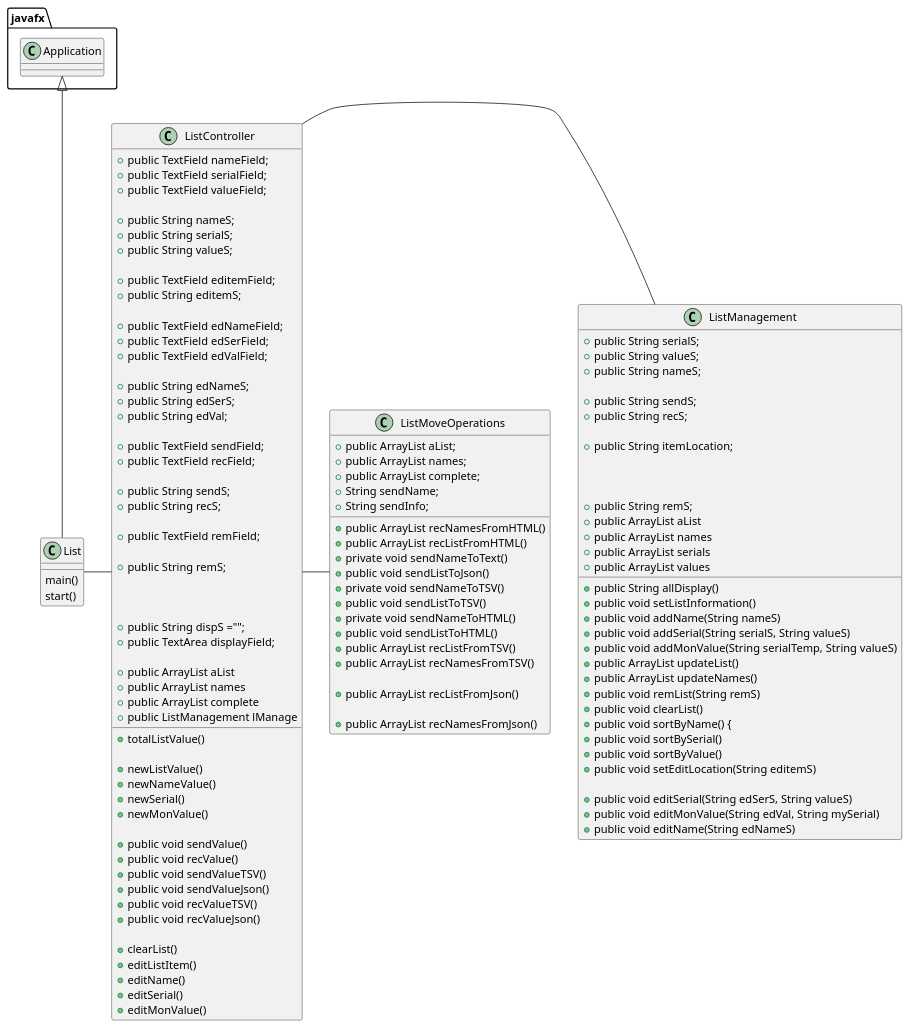
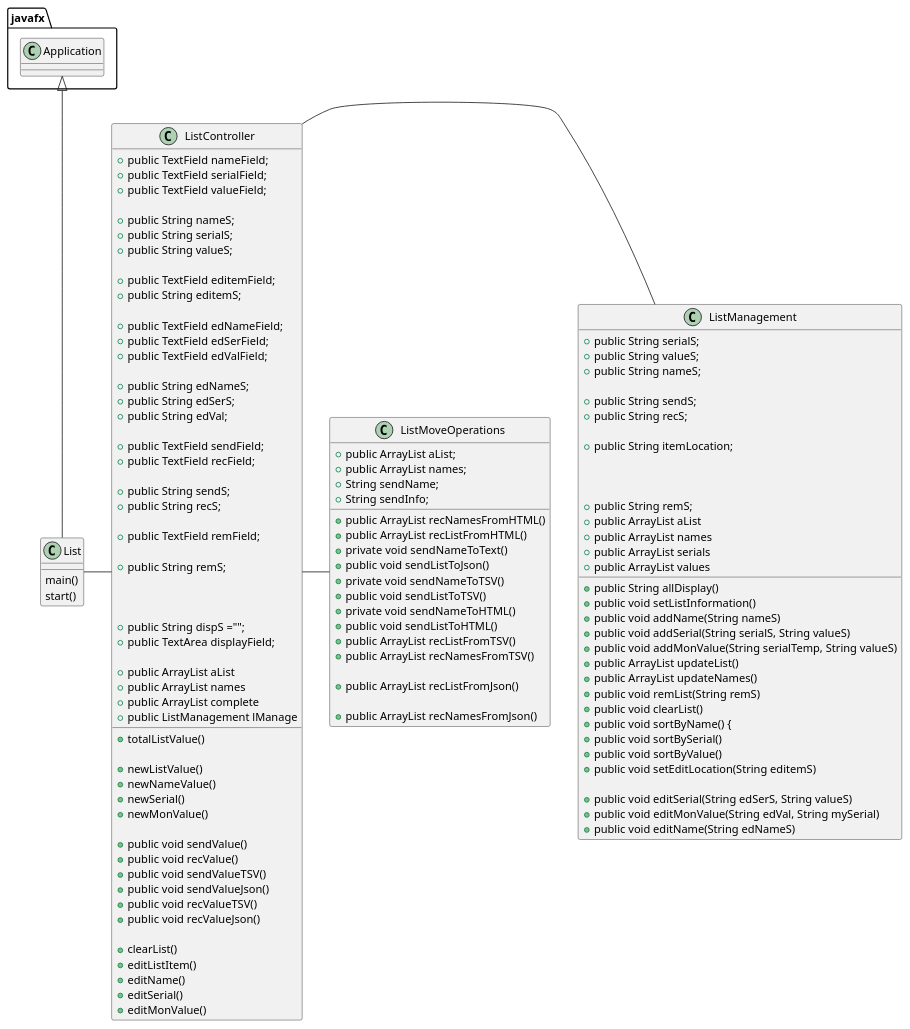
One commit to agalvezv/galvez-vega-3179-a5 changed the diagram in uml/Assignment5Diagram.puml. Above: the diagram before and after it, drawn with PlantUML. The commit also changed 3 other files, not shown here.

```diff
--- a/uml/Assignment5Diagram.puml
+++ b/uml/Assignment5Diagram.puml
@@ -1,146 +1,145 @@
 @startuml
 class ListManagement {
     +public String serialS;
     +public String valueS;
     +public String nameS;
 
    +public String sendS;
     +public String recS;
 
     +public String itemLocation;
 
 
 
     +public String remS;
     +public ArrayList aList
     +public ArrayList names
     +public ArrayList serials
     +public ArrayList values
 
     +public String allDisplay()
     +public void setListInformation()
     +public void addName(String nameS)
     +public void addSerial(String serialS, String valueS)
     +public void addMonValue(String serialTemp, String valueS)
     +public ArrayList updateList()
     +public ArrayList updateNames()
     +public void remList(String remS)
     +public void clearList()
     +public void sortByName() {
     +public void sortBySerial()
     +public void sortByValue()
     +public void setEditLocation(String editemS)
 
     +public void editSerial(String edSerS, String valueS)
     +public void editMonValue(String edVal, String mySerial)
     +public void editName(String edNameS)
 
 }
 
 class ListMoveOperations {
 
 +public ArrayList aList;
 +public ArrayList names;
-+public ArrayList complete;
 +String sendName;
 +String sendInfo;
 
 
 +public ArrayList recNamesFromHTML()
 +public ArrayList recListFromHTML()
 +private void sendNameToText()
 +public void sendListToJson()
 +private void sendNameToTSV()
 +public void sendListToTSV()
 +private void sendNameToHTML()
 +public void sendListToHTML()
 
 
 +public ArrayList recListFromTSV()
 
 
 +public ArrayList recNamesFromTSV()
 
 +public ArrayList recListFromJson()
 
 +public ArrayList recNamesFromJson()
 
 }
 
 class ListController {
     +public TextField nameField;
     +public TextField serialField;
     +public TextField valueField;
 
     +public String nameS;
     +public String serialS;
     +public String valueS;
 
     +public TextField editemField;
     +public String editemS;
 
     +public TextField edNameField;
     +public TextField edSerField;
     +public TextField edValField;
 
     +public String edNameS;
     +public String edSerS;
     +public String edVal;
 
     +public TextField sendField;
     +public TextField recField;
 
     +public String sendS;
     +public String recS;
 
     +public TextField remField;
 
     +public String remS;
 
 
 
     +public String dispS ="";
     +public TextArea displayField;
 
     +public ArrayList aList
     +public ArrayList names
     +public ArrayList complete
     +public ListManagement lManage
 
 
     +totalListValue()
 
     +newListValue()
     +newNameValue()
     +newSerial()
     +newMonValue()
 
     +public void sendValue()
     +public void recValue()
     +public void sendValueTSV()
     +public void sendValueJson()
     +public void recValueTSV()
     +public void recValueJson()
 
     +clearList()
     +editListItem()
     +editName()
     +editSerial()
     +editMonValue()
 
 
 }
 
 class List {
 
     main()
     start()
 }
 
 
 
 javafx.Application <|-- List
 List - ListController
 ListController - ListManagement
 ListController - ListMoveOperations
 @enduml
```
